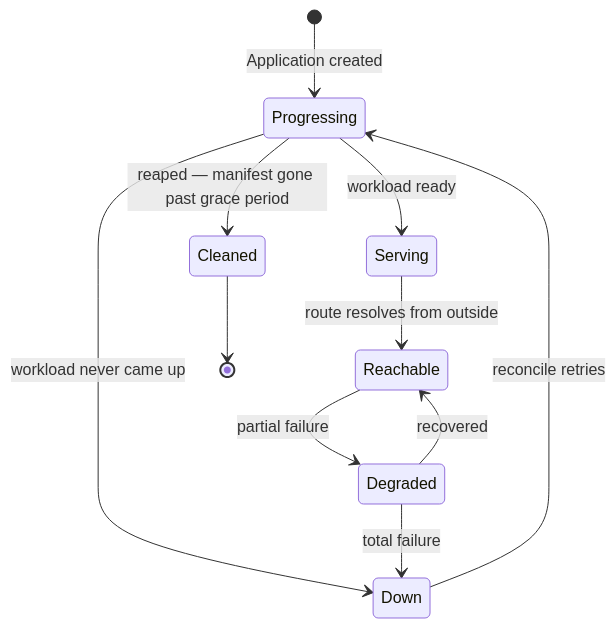
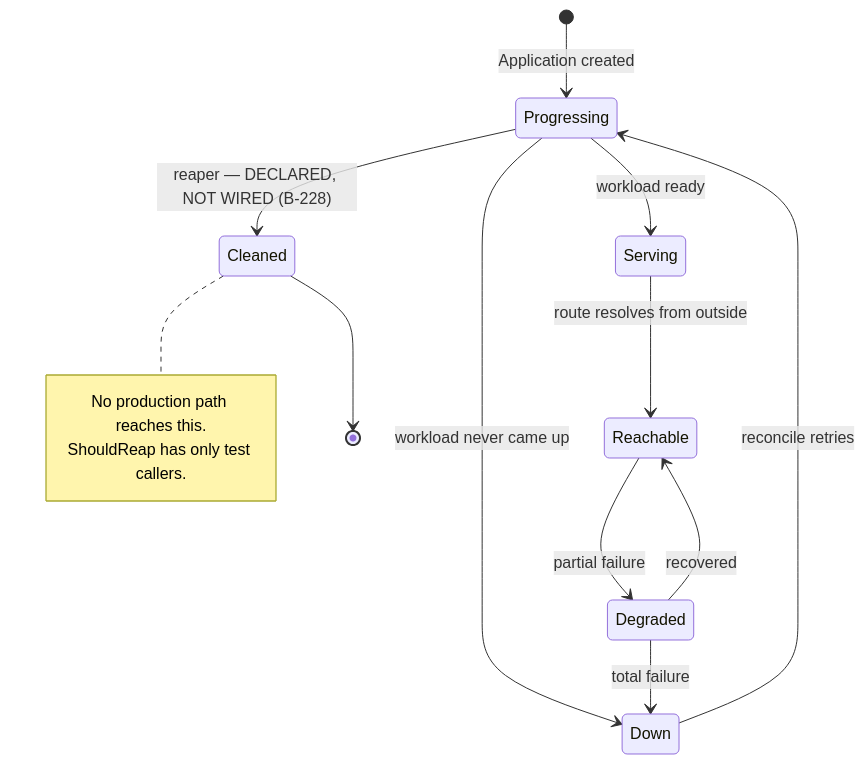
The diagram in .squad/wiki/design/states.md (getloopscale/loop-runtime), drawn with Mermaid before and after one commit. The commit also changed other lines of this file and 1 other file, not shown here.

First line of the commit message:
docs(design): round-2 panel corrections — a not-wired edge, a wrong label, and a claim citing dev

````diff
--- a/.squad/wiki/design/states.md
+++ b/.squad/wiki/design/states.md
@@ -13,13 +13,17 @@
 ```mermaid
 stateDiagram-v2
     [*] --> Progressing : Application created
     Progressing --> Serving : workload ready
     Progressing --> Down : workload never came up
     Serving --> Reachable : route resolves from outside
     Reachable --> Degraded : partial failure
     Degraded --> Reachable : recovered
     Degraded --> Down : total failure
     Down --> Progressing : reconcile retries
-    Progressing --> Cleaned : reaped — manifest gone past grace period
+    Progressing --> Cleaned : reaper — DECLARED, NOT WIRED (B-228)
+    note right of Cleaned
+        No production path reaches this.
+        ShouldReap has only test callers.
+    end note
     Cleaned --> [*]
 ```
````
